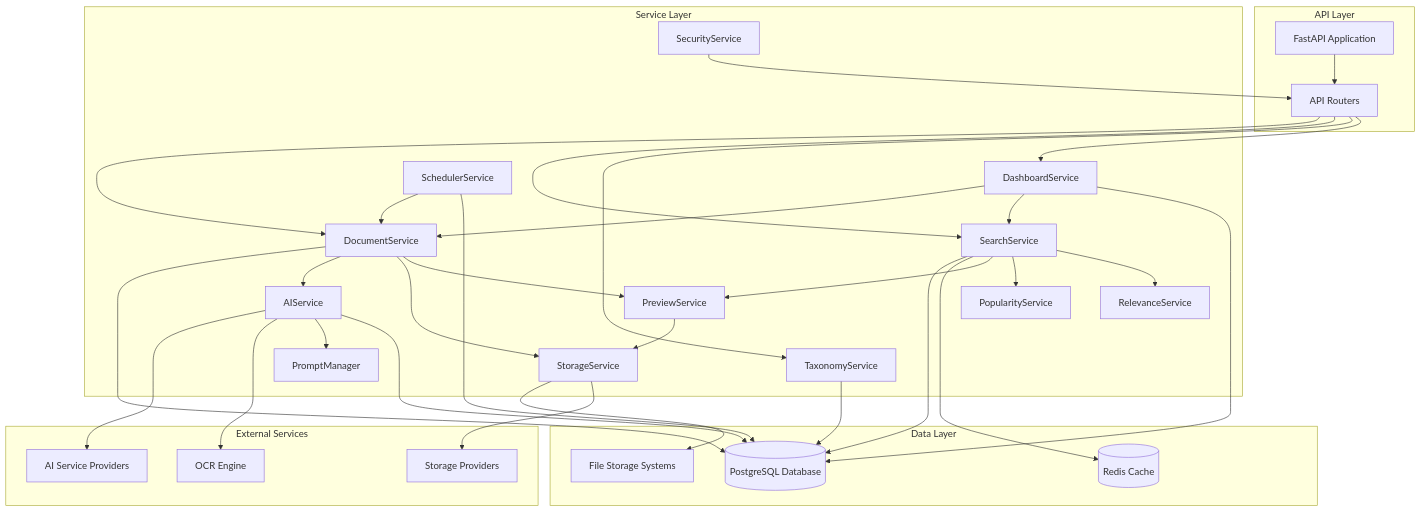
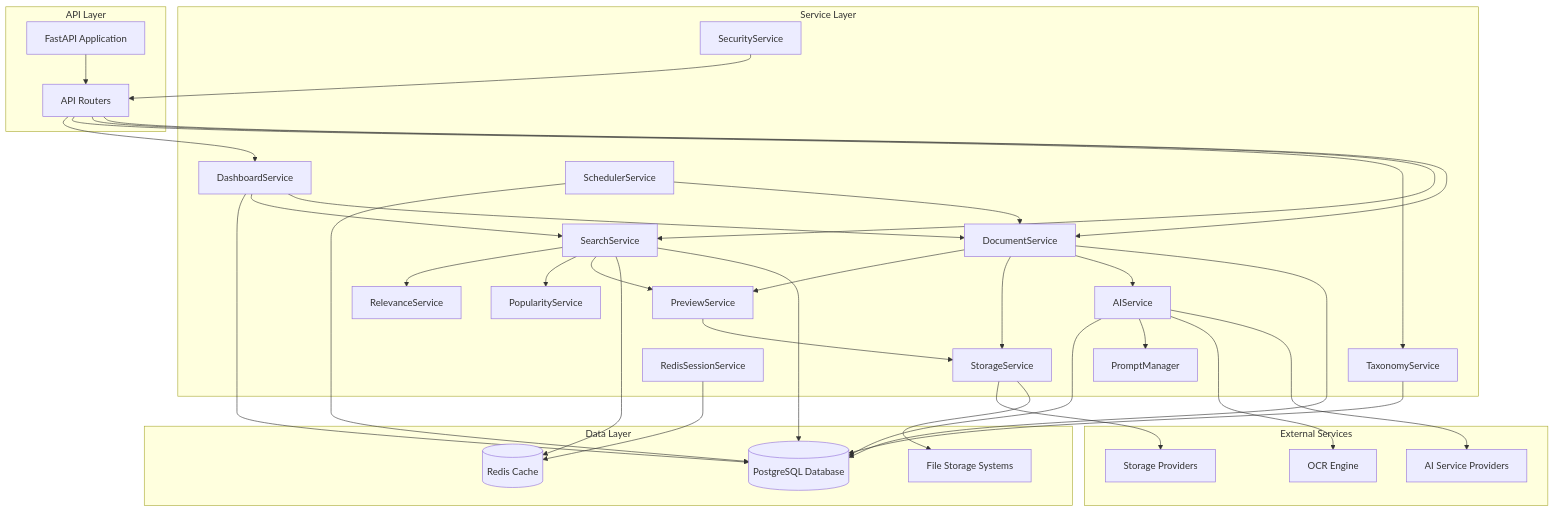
One commit to callum-doty/pc-simple changed the first of 11 diagrams in architecture/service_architecture.md. Above: the diagram before and after it, drawn with Mermaid. The commit also changed other lines of this file and 4 other files, not shown here.

Commit message:
upd architecture docs

````diff
--- a/architecture/service_architecture.md
+++ b/architecture/service_architecture.md
@@ -9,72 +9,75 @@
 ```mermaid
 graph TB
     subgraph "API Layer"
         FASTAPI[FastAPI Application]
         ROUTERS[API Routers]
     end
 
     subgraph "Service Layer"
         DOC_SERVICE[DocumentService]
         AI_SERVICE[AIService]
         SEARCH_SERVICE[SearchService]
         STORAGE_SERVICE[StorageService]
         TAXONOMY_SERVICE[TaxonomyService]
         SECURITY_SERVICE[SecurityService]
         PREVIEW_SERVICE[PreviewService]
         DASHBOARD_SERVICE[DashboardService]
         SCHEDULER_SERVICE[SchedulerService]
         PROMPT_MANAGER[PromptManager]
         POPULARITY_SERVICE[PopularityService]
         RELEVANCE_SERVICE[RelevanceService]
+        REDIS_SESSION_SERVICE[RedisSessionService]
     end
 
     subgraph "Data Layer"
         DATABASE[(PostgreSQL Database)]
         REDIS[(Redis Cache)]
         FILE_STORAGE[File Storage Systems]
     end
 
     subgraph "External Services"
         AI_PROVIDERS[AI Service Providers]
         STORAGE_PROVIDERS[Storage Providers]
         OCR_ENGINE[OCR Engine]
     end
 
     FASTAPI --> ROUTERS
     ROUTERS --> DOC_SERVICE
     ROUTERS --> SEARCH_SERVICE
     ROUTERS --> TAXONOMY_SERVICE
     ROUTERS --> DASHBOARD_SERVICE
 
     DOC_SERVICE --> DATABASE
     DOC_SERVICE --> AI_SERVICE
     DOC_SERVICE --> STORAGE_SERVICE
     DOC_SERVICE --> PREVIEW_SERVICE
 
     AI_SERVICE --> AI_PROVIDERS
     AI_SERVICE --> OCR_ENGINE
     AI_SERVICE --> PROMPT_MANAGER
     AI_SERVICE --> DATABASE
 
     SEARCH_SERVICE --> DATABASE
     SEARCH_SERVICE --> REDIS
     SEARCH_SERVICE --> PREVIEW_SERVICE
     SEARCH_SERVICE --> POPULARITY_SERVICE
     SEARCH_SERVICE --> RELEVANCE_SERVICE
 
     STORAGE_SERVICE --> FILE_STORAGE
     STORAGE_SERVICE --> STORAGE_PROVIDERS
 
     TAXONOMY_SERVICE --> DATABASE
 
     PREVIEW_SERVICE --> STORAGE_SERVICE
 
     DASHBOARD_SERVICE --> DOC_SERVICE
     DASHBOARD_SERVICE --> SEARCH_SERVICE
     DASHBOARD_SERVICE --> DATABASE
 
     SCHEDULER_SERVICE --> DOC_SERVICE
     SCHEDULER_SERVICE --> DATABASE
 
     SECURITY_SERVICE --> ROUTERS
+    
+    REDIS_SESSION_SERVICE --> REDIS
 ```
````
